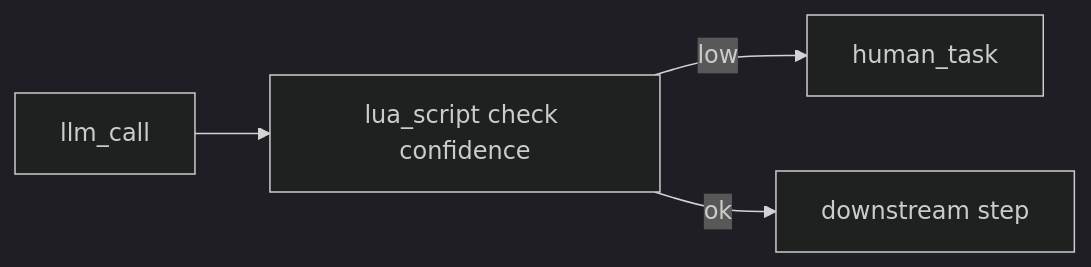
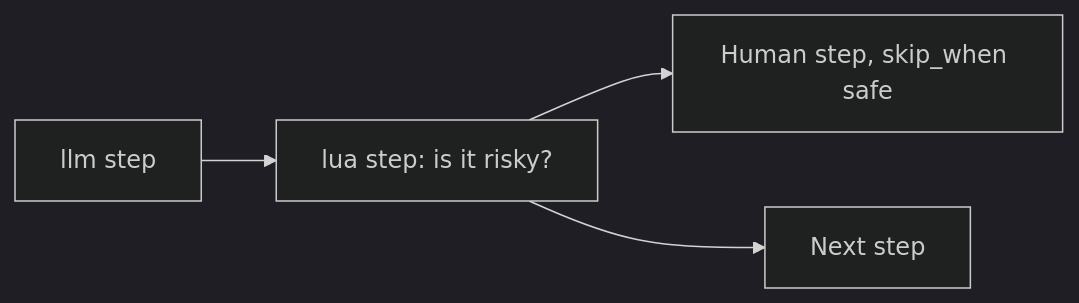
One commit to agentruntime-io/agentruntime-docs changed the third of 3 diagrams in workflows/patterns.mdx. Above: the diagram before and after it, drawn with Mermaid (dark theme). The commit also changed other lines of this file and 180 other files, not shown here.

````diff
--- a/workflows/patterns.mdx
+++ b/workflows/patterns.mdx
@@ -136,6 +117,6 @@
 ```mermaid
 flowchart LR
-  LLM[llm_call] --> Check[lua_script check confidence]
-  Check -->|low| Human[human_task]
-  Check -->|ok| Next[downstream step]
+  LLM[llm step] --> Check[lua step: is it risky?]
+  Check --> Human[Human step, skip_when safe]
+  Check --> Next[Next step]
 ```
````
